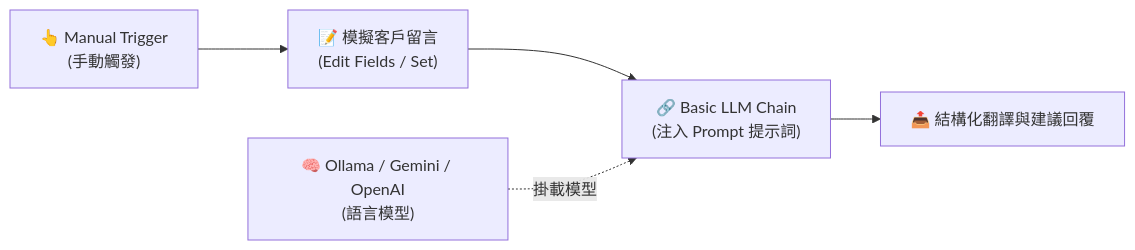
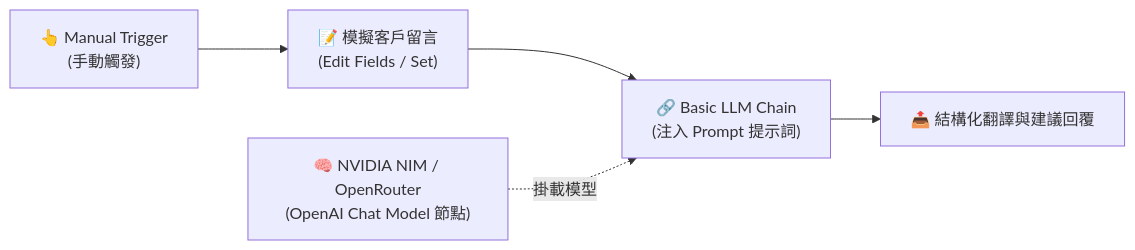
The diagram in AI_Agent/Basic_LLM_Chain/README.md (roberthsu2003/n8n), drawn with Mermaid before and after one commit. The commit also changed other lines of this file and 12 other files, not shown here.

````diff
--- a/AI_Agent/Basic_LLM_Chain/README.md
+++ b/AI_Agent/Basic_LLM_Chain/README.md
@@ -13,7 +17,7 @@
 ```mermaid
 flowchart LR
     Trigger["👆 Manual Trigger<br/>(手動觸發)"] --> Input["📝 模擬客戶留言<br/>(Edit Fields / Set)"]
     Input --> Chain["🔗 Basic LLM Chain<br/>(注入 Prompt 提示詞)"]
-    Model["🧠 Ollama / Gemini / OpenAI<br/>(語言模型)"] -.->|掛載模型| Chain
+    Model["🧠 NVIDIA NIM / OpenRouter<br/>(OpenAI Chat Model 節點)"] -.->|掛載模型| Chain
     Chain --> Output["📤 結構化翻譯與建議回覆"]
 ```
````
